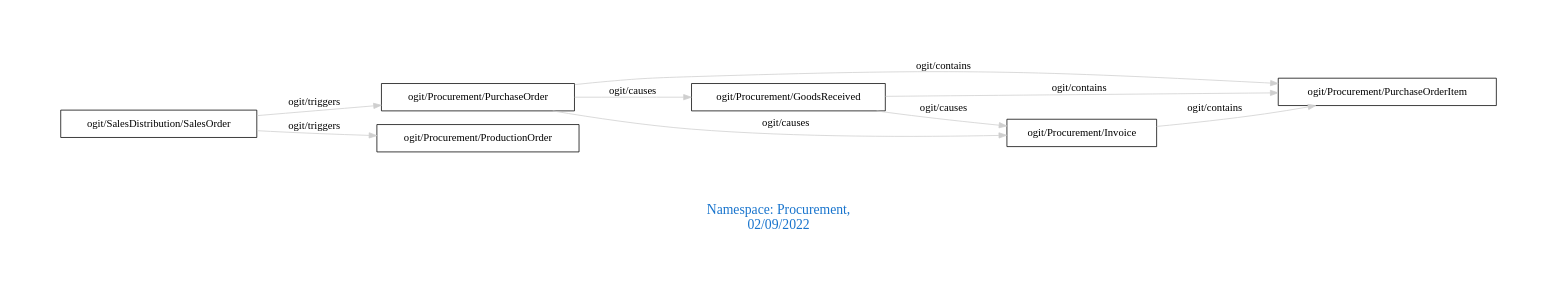
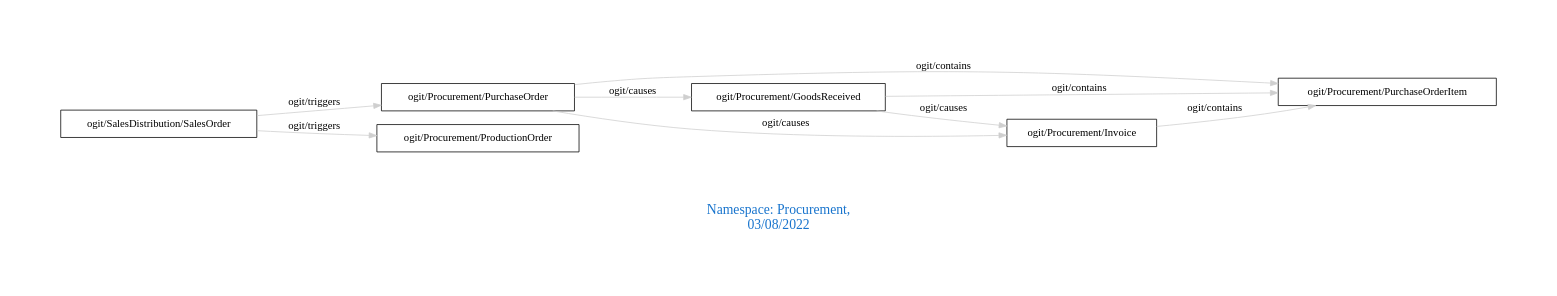
The diagram in downloads/Procurement.dot (arago/OGIT), drawn with Graphviz before and after one commit. The commit also changed 1906 other files, not shown here.

```diff
--- a/downloads/Procurement.dot
+++ b/downloads/Procurement.dot
@@ -1,16 +1,16 @@
 digraph OGIT_ontology {
  graph [ rankdir= LR,pad=1 
 fontsize = 18,
-fontcolor= dodgerblue3,label = "\n\n\nNamespace: Procurement, \n 02/09/2022"];
+fontcolor= dodgerblue3,label = "\n\n\nNamespace: Procurement, \n 03/08/2022"];
 node[shape=polygon];
 edge [  color="gray81"];
 
    "ogit/Procurement/GoodsReceived" -> "ogit/Procurement/PurchaseOrderItem" [label="   ogit/contains    "];
    "ogit/Procurement/Invoice" -> "ogit/Procurement/PurchaseOrderItem" [label="   ogit/contains    "];
    "ogit/Procurement/PurchaseOrder" -> "ogit/Procurement/PurchaseOrderItem" [label="   ogit/contains    "];
    "ogit/SalesDistribution/SalesOrder" -> "ogit/Procurement/ProductionOrder" [label="   ogit/triggers    "];
    "ogit/SalesDistribution/SalesOrder" -> "ogit/Procurement/PurchaseOrder" [label="   ogit/triggers    "];
    "ogit/Procurement/GoodsReceived" -> "ogit/Procurement/Invoice" [label="   ogit/causes    "];
    "ogit/Procurement/PurchaseOrder" -> "ogit/Procurement/GoodsReceived" [label="   ogit/causes    "];
    "ogit/Procurement/PurchaseOrder" -> "ogit/Procurement/Invoice" [label="   ogit/causes    "];
 }
```
